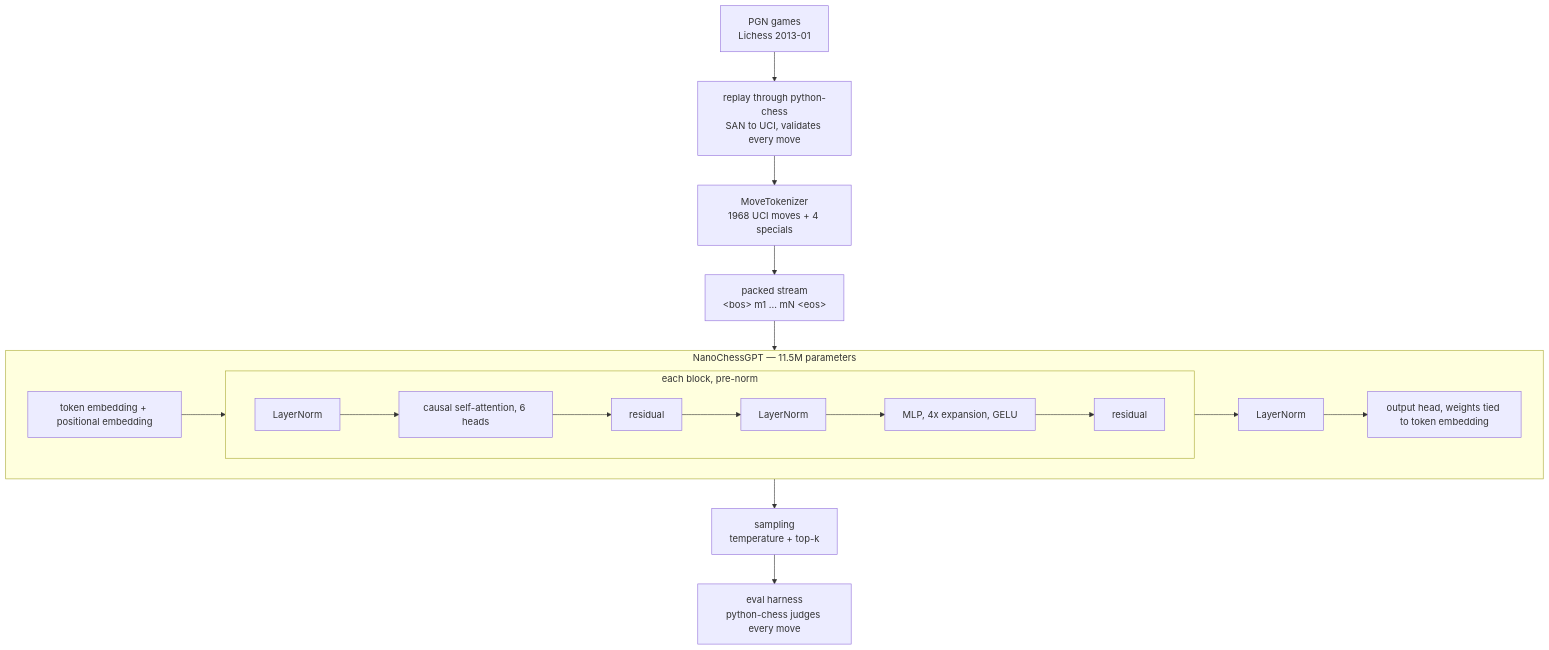
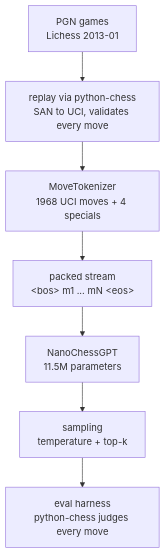
Before and after one commit to abhiramvedipala/Definitely-Not-Deep-Blue: the first of 2 diagrams in README.md, drawn with Mermaid. The commit also changed other lines of this file and 4 other files, not shown here.

````diff
--- a/README.md
+++ b/README.md
@@ -26,24 +87,9 @@
 ```mermaid
 flowchart TD
-    A["PGN games<br/>Lichess 2013-01"] --> B["replay through python-chess<br/>SAN to UCI, validates every move"]
+    A["PGN games<br/>Lichess 2013-01"] --> B["replay via python-chess<br/>SAN to UCI, validates every move"]
     B --> C["MoveTokenizer<br/>1968 UCI moves + 4 specials"]
     C --> D["packed stream<br/>&lt;bos&gt; m1 ... mN &lt;eos&gt;"]
-    D --> E["NanoChessGPT"]
-
-    subgraph E ["NanoChessGPT — 11.5M parameters"]
-        F["token embedding + positional embedding"] --> G["6 x transformer block"]
-        G --> H["LayerNorm"]
-        H --> I["output head, weights tied to token embedding"]
-    end
-
-    subgraph G ["each block, pre-norm"]
-        J["LayerNorm"] --> K["causal self-attention, 6 heads"]
-        K --> L["residual"]
-        L --> M["LayerNorm"]
-        M --> N["MLP, 4x expansion, GELU"]
-        N --> O["residual"]
-    end
-
+    D --> E["NanoChessGPT<br/>11.5M parameters"]
     E --> P["sampling<br/>temperature + top-k"]
     P --> Q["eval harness<br/>python-chess judges every move"]
 ```
````
